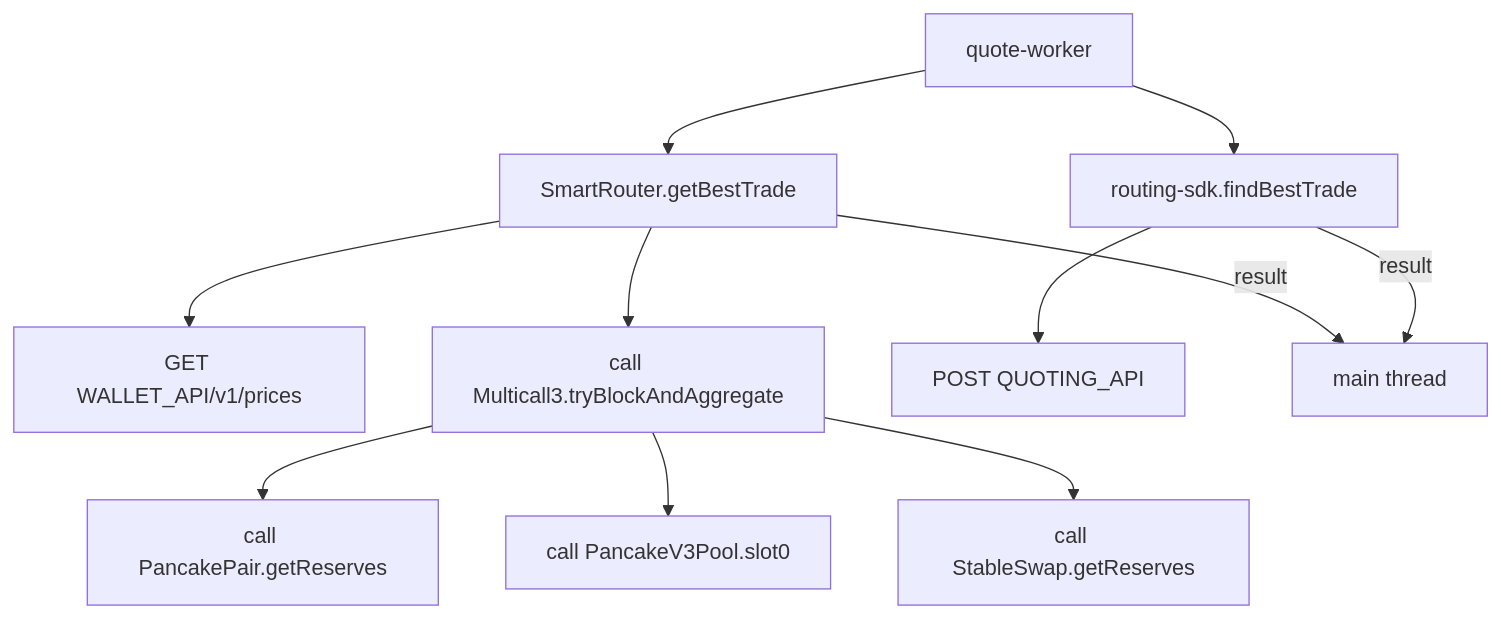
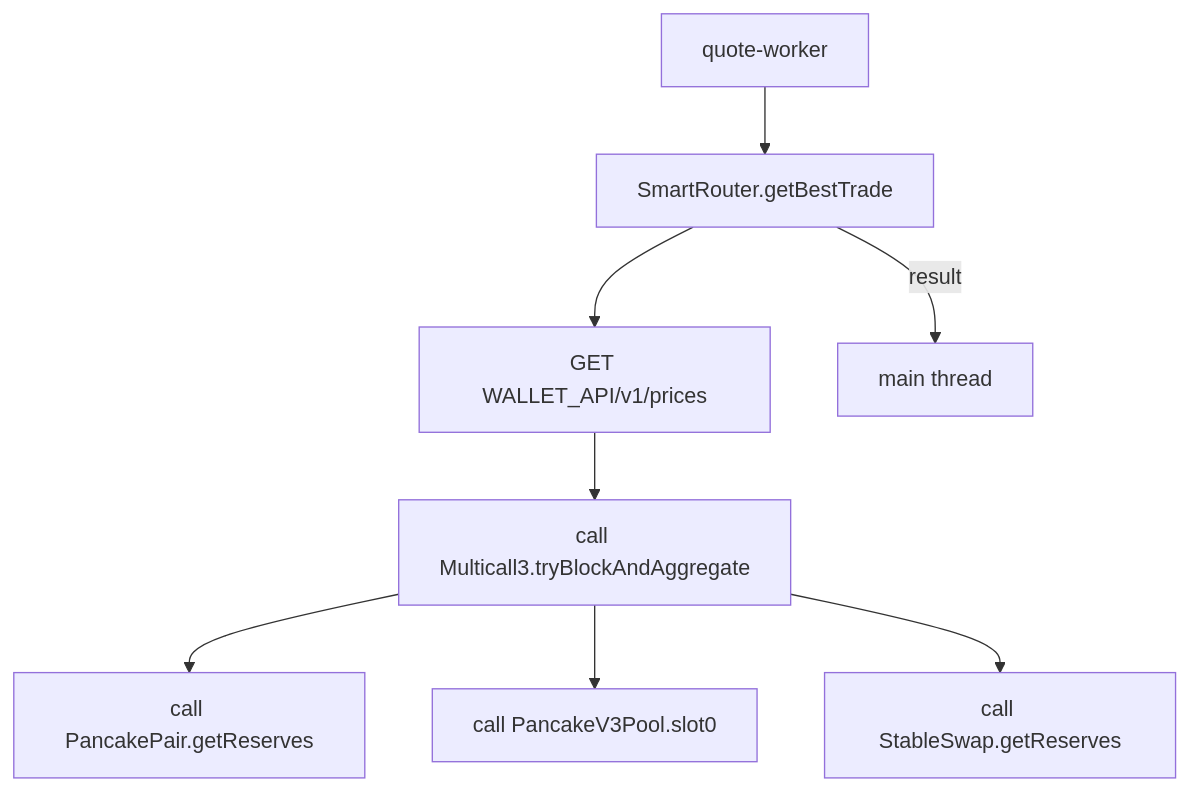
Before and after one commit to chef-ryan/pancake-frontend: the second of 5 diagrams in apps/web/src/quoter/viz.md, drawn with Mermaid. The commit also changed other lines of this file, not shown here.

````diff
--- a/apps/web/src/quoter/viz.md
+++ b/apps/web/src/quoter/viz.md
@@ -66,17 +66,11 @@
 ```mermaid
 flowchart TD
     QW[quote-worker]
-    QW --> SR2[SmartRouter.getBestTrade]
-    QW --> RS2[routing-sdk.findBestTrade]
-
-    SR2 --> WA2["GET WALLET_API/v1/prices"]
-    SR2 --> M32["call Multicall3.tryBlockAndAggregate"]
-    M32 --> V22["call PancakePair.getReserves"]
-    M32 --> V32["call PancakeV3Pool.slot0"]
-    M32 --> ST2["call StableSwap.getReserves"]
-
-    RS2 --> QA2["POST QUOTING_API"]
-
-    SR2 -->|result| MAIN[main thread]
-    RS2 -->|result| MAIN
+    QW --> SR[SmartRouter.getBestTrade]
+    SR --> WA["GET WALLET_API/v1/prices"]
+    WA --> M3["call Multicall3.tryBlockAndAggregate"]
+    M3 --> V2["call PancakePair.getReserves"]
+    M3 --> V3["call PancakeV3Pool.slot0"]
+    M3 --> ST["call StableSwap.getReserves"]
+    SR -->|result| MAIN[main thread]
 ```
````
